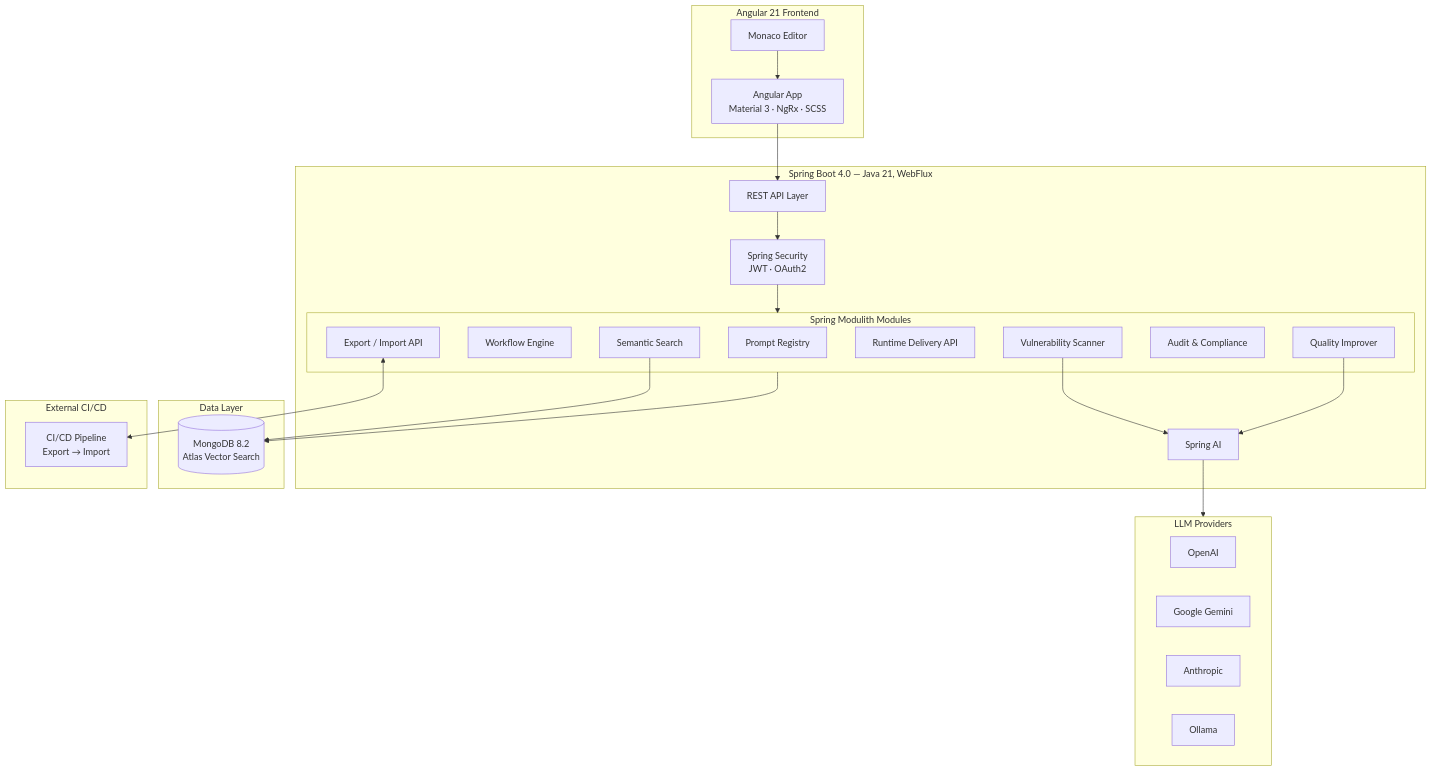
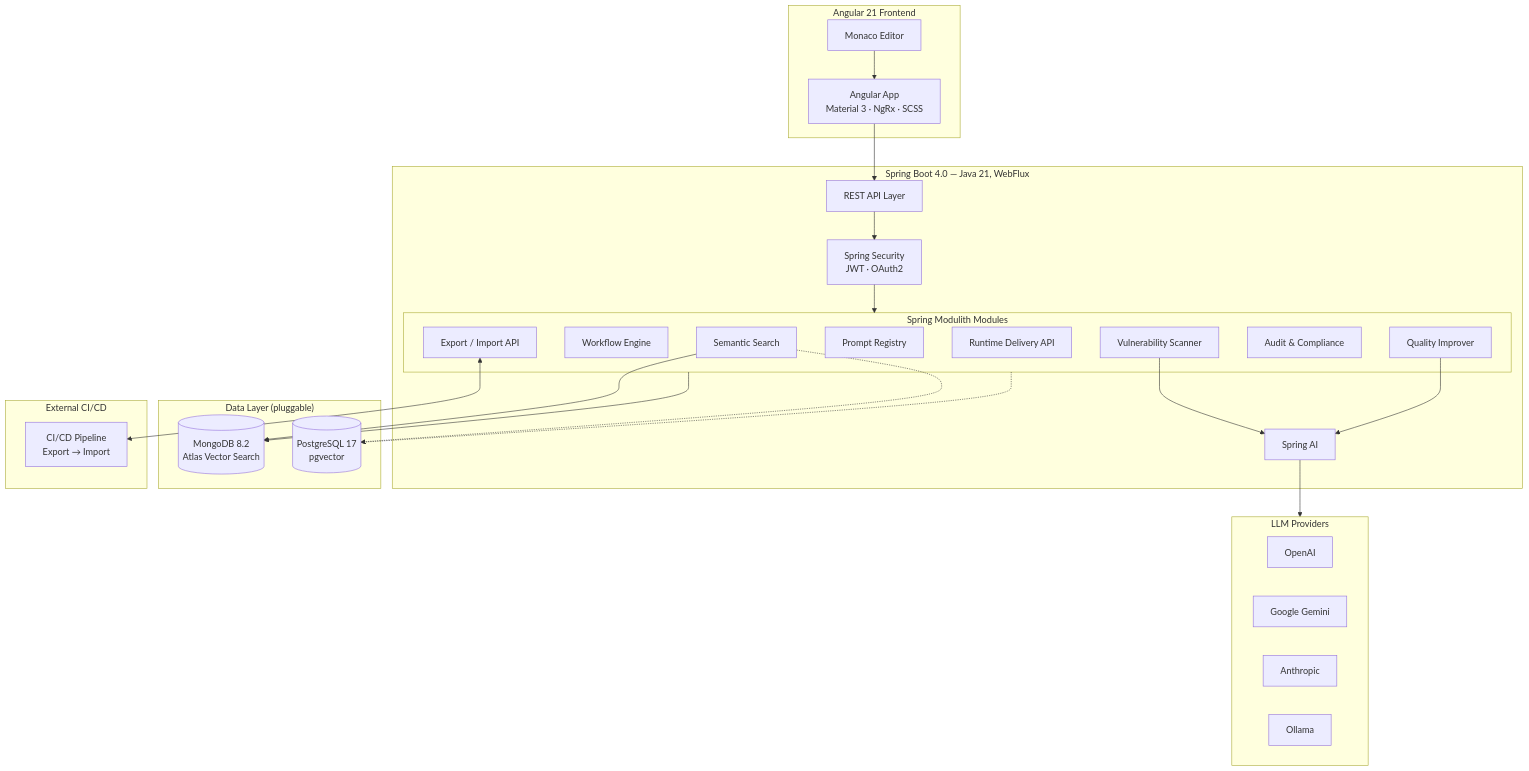
One commit to spectrayan/promptly changed the first of 2 diagrams in README.md. Above: the diagram before and after it, drawn with Mermaid. The commit also changed other lines of this file and 196 other files, not shown here.

````diff
--- a/README.md
+++ b/README.md
@@ -30,49 +30,52 @@
 ```mermaid
 graph TB
     subgraph Frontend["Angular 21 Frontend"]
         UI["Angular App<br/>Material 3 · NgRx · SCSS"]
         Monaco["Monaco Editor"]
     end
 
     subgraph Backend["Spring Boot 4.0 — Java 21, WebFlux"]
         API["REST API Layer"]
         Auth["Spring Security<br/>JWT · OAuth2"]
 
         subgraph Modules["Spring Modulith Modules"]
             PR["Prompt Registry"]
             WF["Workflow Engine"]
             VS["Vulnerability Scanner"]
             QI["Quality Improver"]
             RD["Runtime Delivery API"]
             EI["Export / Import API"]
             AC["Audit & Compliance"]
             SS["Semantic Search"]
         end
 
         SpringAI["Spring AI"]
     end
 
-    subgraph Data["Data Layer"]
+    subgraph Data["Data Layer (pluggable)"]
         Mongo[("MongoDB 8.2<br/>Atlas Vector Search")]
+        Postgres[("PostgreSQL 17<br/>pgvector")]
     end
 
     subgraph LLMs["LLM Providers"]
         OpenAI["OpenAI"]
         Gemini["Google Gemini"]
         Anthropic["Anthropic"]
         Ollama["Ollama"]
     end
 
     subgraph CICD["External CI/CD"]
         Pipeline["CI/CD Pipeline<br/>Export → Import"]
     end
 
     UI --> API
     Monaco --> UI
     API --> Auth --> Modules
     VS & QI --> SpringAI
     SpringAI --> LLMs
     Modules --> Mongo
+    Modules -.-> Postgres
     SS --> Mongo
+    SS -.-> Postgres
     EI <--> Pipeline
 ```
````
